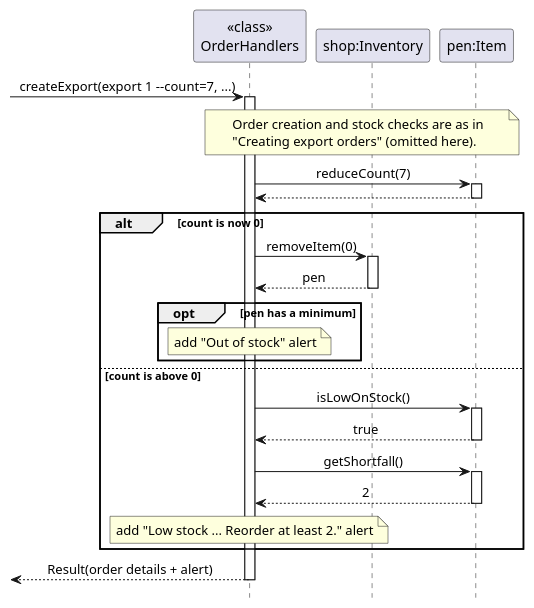
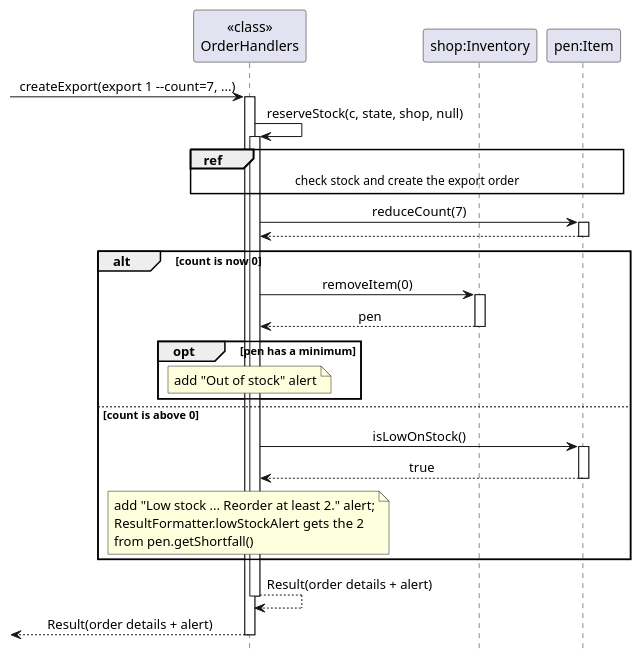
One commit to AY2627S1-CS2113-W14-4/tp changed the diagram in docs/diagrams/LowStockExportSequence.puml. Above: the diagram before and after it, drawn with PlantUML. The commit also changed 3 other files, not shown here.

Commit message:
Split export sequence diagram with a ref frame

```diff
--- a/docs/diagrams/LowStockExportSequence.puml
+++ b/docs/diagrams/LowStockExportSequence.puml
@@ -1,43 +1,45 @@
 @startuml
 hide footbox
 skinparam sequenceMessageAlign center
 
 participant "<<class>>\nOrderHandlers" as Processor
 participant "shop:Inventory" as Inventory
 participant "pen:Item" as Item
 
 [-> Processor : createExport(export 1 --count=7, ...)
 activate Processor
-note over Processor, Item
-    Order creation and stock checks are as in
-    "Creating export orders" (omitted here).
-end note
+Processor -> Processor : reserveStock(c, state, shop, null)
+activate Processor
+
+ref over Processor, Item : check stock and create the export order
 
 Processor -> Item : reduceCount(7)
 activate Item
 Item --> Processor
 deactivate Item
 
 alt count is now 0
     Processor -> Inventory : removeItem(0)
     activate Inventory
     Inventory --> Processor : pen
     deactivate Inventory
     opt pen has a minimum
         note over Processor : add "Out of stock" alert
     end
 else count is above 0
     Processor -> Item : isLowOnStock()
     activate Item
     Item --> Processor : true
     deactivate Item
-    Processor -> Item : getShortfall()
-    activate Item
-    Item --> Processor : 2
-    deactivate Item
-    note over Processor : add "Low stock ... Reorder at least 2." alert
+    note over Processor
+        add "Low stock ... Reorder at least 2." alert;
+        ResultFormatter.lowStockAlert gets the 2
+        from pen.getShortfall()
+    end note
 end
 
+Processor --> Processor : Result(order details + alert)
+deactivate Processor
 [<-- Processor : Result(order details + alert)
 deactivate Processor
 @enduml
```
